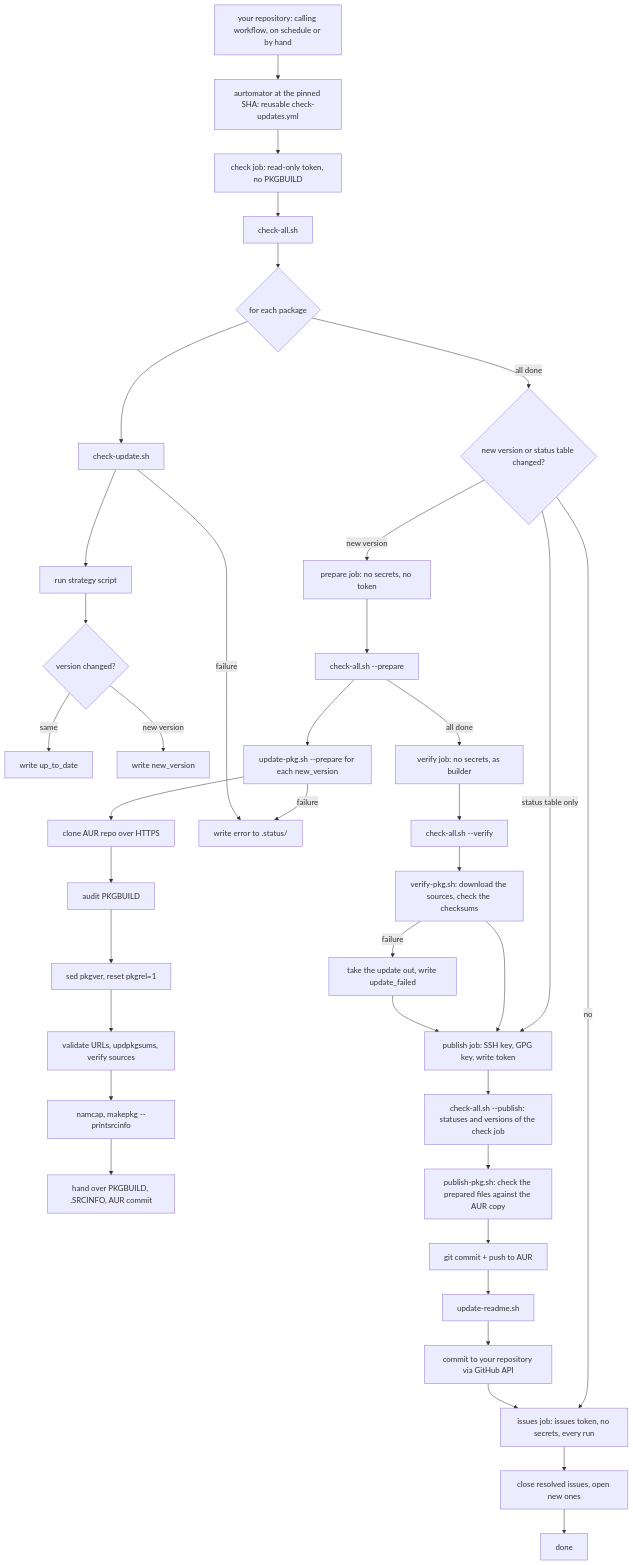
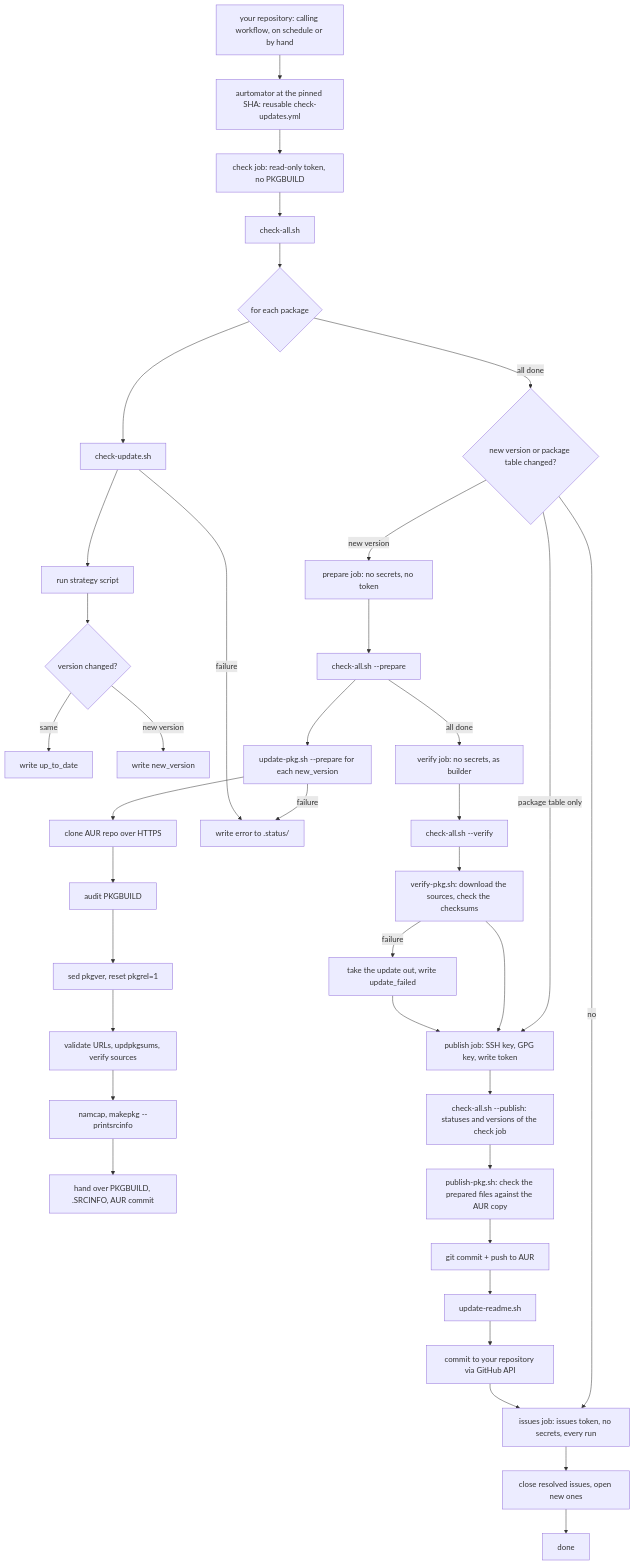
One commit to staticwire/aurtomator changed the diagram in docs/WORKFLOW.md. Above: the diagram before and after it, drawn with Mermaid. The commit also changed other lines of this file and 5 other files, not shown here.

Commit message:
fix(workflow): status table becomes package table (#182)

````diff
--- a/docs/WORKFLOW.md
+++ b/docs/WORKFLOW.md
@@ -26,40 +26,40 @@
 ```mermaid
 flowchart TD
     A[your repository: calling workflow, on schedule or by hand] --> A2[aurtomator at the pinned SHA: reusable check-updates.yml]
     A2 --> K[check job: read-only token, no PKGBUILD]
     K --> B[check-all.sh]
     B --> C{for each package}
     C --> D[check-update.sh]
     D --> E[run strategy script]
     E --> F{version changed?}
     F -->|same| G[write up_to_date]
     F -->|new version| G2[write new_version]
-    C -->|all done| W{new version or status table changed?}
+    C -->|all done| W{new version or package table changed?}
     W -->|no| I
     W -->|new version| P[prepare job: no secrets, no token]
-    W -->|status table only| Q
+    W -->|package table only| Q
     P --> B2[check-all.sh --prepare]
     B2 --> H[update-pkg.sh --prepare for each new_version]
     H --> H1[clone AUR repo over HTTPS]
     H1 --> H2[audit PKGBUILD]
     H2 --> H3[sed pkgver, reset pkgrel=1]
     H3 --> H4[validate URLs, updpkgsums, verify sources]
     H4 --> H5[namcap, makepkg --printsrcinfo]
     H5 --> H6[hand over PKGBUILD, .SRCINFO, AUR commit]
     H -->|failure| J[write error to .status/]
     D -->|failure| J
     B2 -->|all done| V[verify job: no secrets, as builder]
     V --> V1[check-all.sh --verify]
     V1 --> V2[verify-pkg.sh: download the sources, check the checksums]
     V2 -->|failure| V3[take the update out, write update_failed]
     V2 --> Q[publish job: SSH key, GPG key, write token]
     V3 --> Q
     Q --> R[check-all.sh --publish: statuses and versions of the check job]
     R --> R2[publish-pkg.sh: check the prepared files against the AUR copy]
     R2 --> R3[git commit + push to AUR]
     R3 --> U[update-readme.sh]
     U --> L[commit to your repository via GitHub API]
     L --> I[issues job: issues token, no secrets, every run]
     I --> N[close resolved issues, open new ones]
     N --> O[done]
 ```
````
